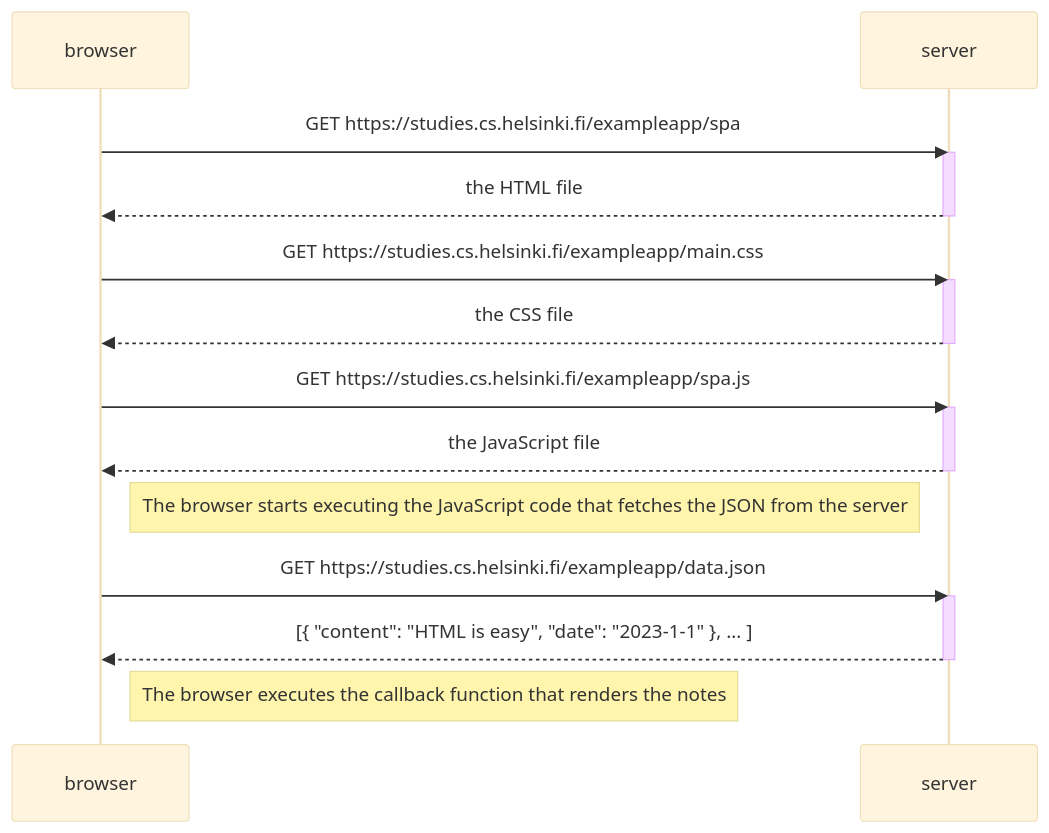
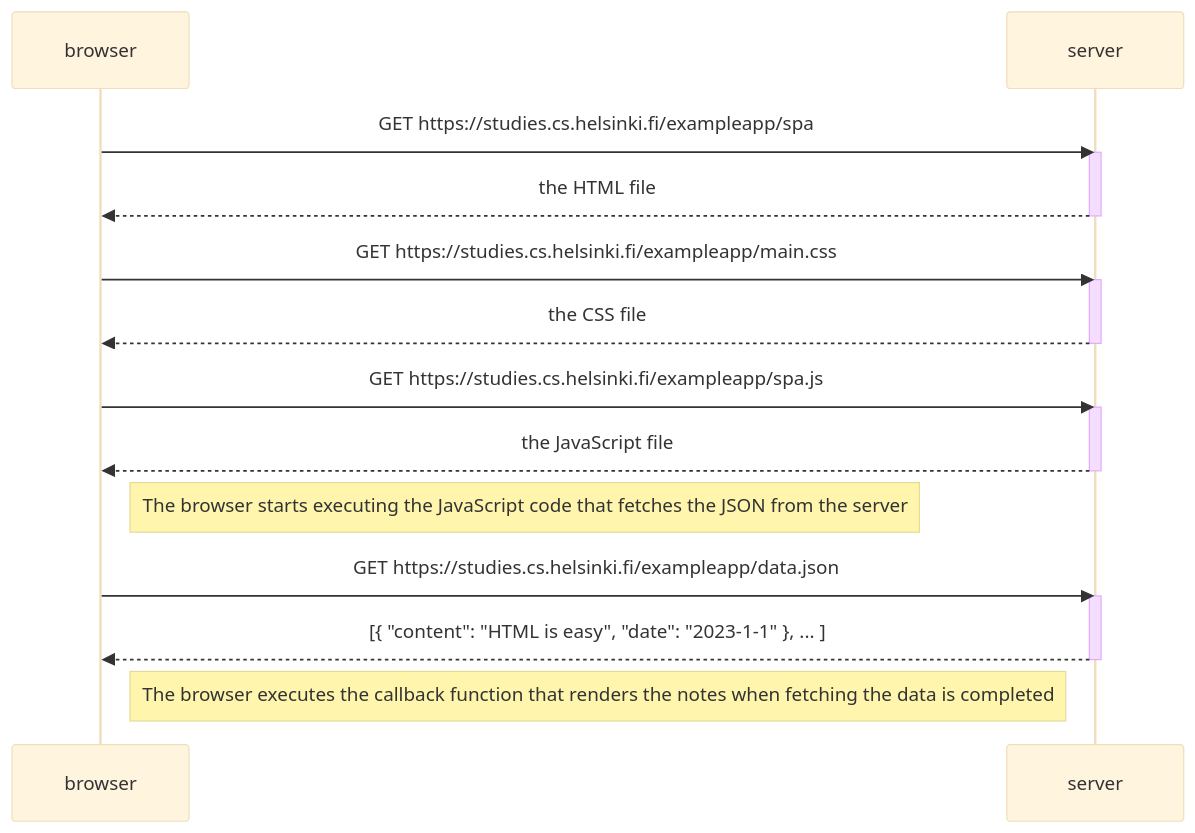
One commit to ohinkinen/Fullstackopen changed the diagram in osa0/0.5_single_page_app.md. Above: the diagram before and after it, drawn with Mermaid (base theme).

````diff
--- a/osa0/0.5_single_page_app.md
+++ b/osa0/0.5_single_page_app.md
@@ -1,29 +1,29 @@
 ```mermaid
 sequenceDiagram
     participant browser
     participant server
     
     browser->>server: GET https://studies.cs.helsinki.fi/exampleapp/spa
     activate server
     server-->>browser: the HTML file
     deactivate server
 
     browser->>server: GET https://studies.cs.helsinki.fi/exampleapp/main.css
     activate server
     server-->>browser: the CSS file
     deactivate server
 
     browser->>server: GET https://studies.cs.helsinki.fi/exampleapp/spa.js
     activate server
     server-->>browser: the JavaScript file
     deactivate server
     
     Note right of browser: The browser starts executing the JavaScript code that fetches the JSON from the server
     
     browser->>server: GET https://studies.cs.helsinki.fi/exampleapp/data.json
     activate server
     server-->>browser: [{ "content": "HTML is easy", "date": "2023-1-1" }, ... ]
     deactivate server    
 
-    Note right of browser: The browser executes the callback function that renders the notes 
+    Note right of browser: The browser executes the callback function that renders the notes when fetching the data is completed
 ```
````
